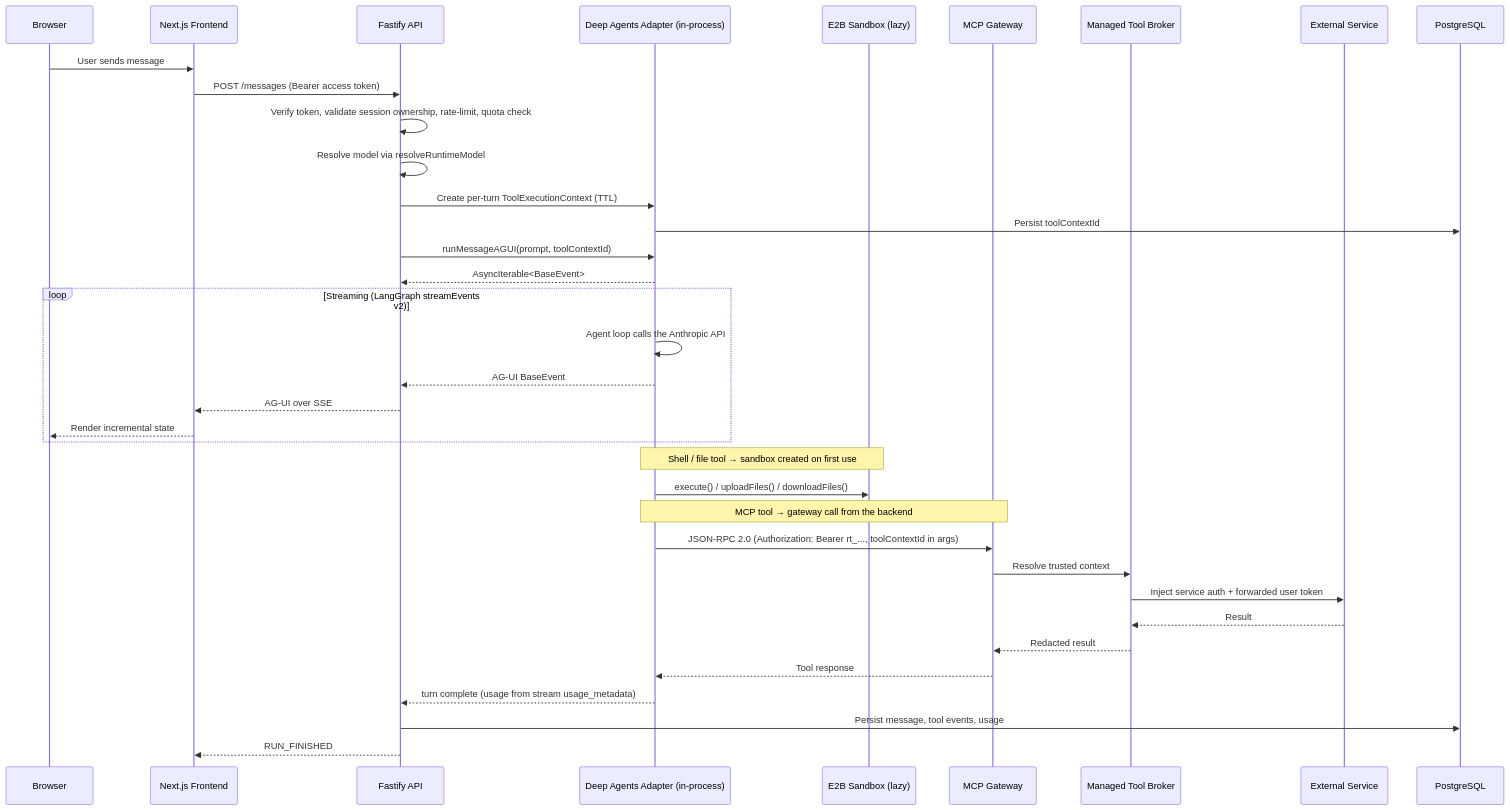
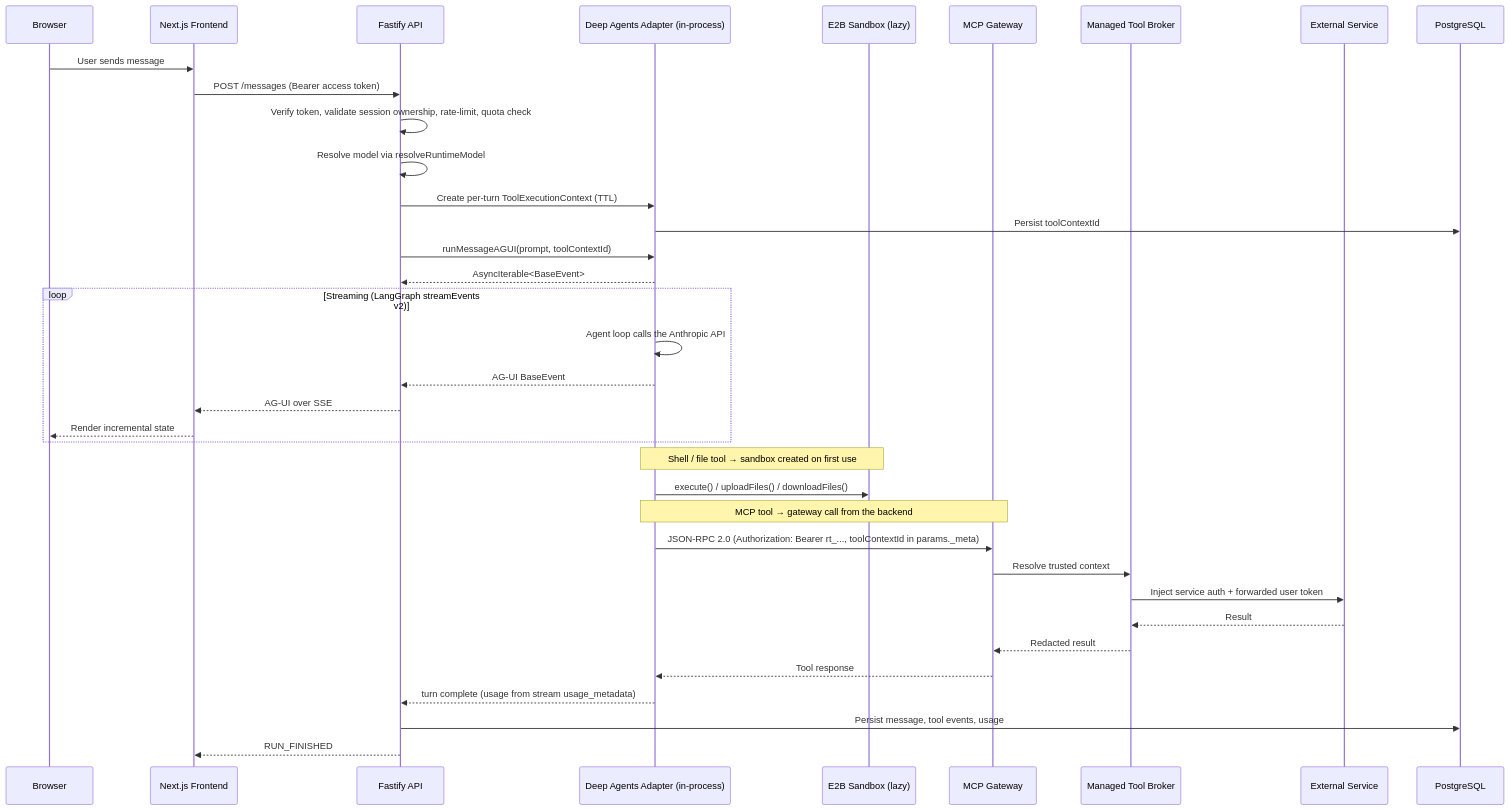
One commit to Cogniplane/cogniplane-core changed the diagram in docs/ARCHITECTURE.md. Above: the diagram before and after it, drawn with Mermaid. The commit also changed other lines of this file and 58 other files, not shown here.

````diff
--- a/docs/ARCHITECTURE.md
+++ b/docs/ARCHITECTURE.md
@@ -59,43 +59,43 @@
 ```mermaid
 sequenceDiagram
     participant B as Browser
     participant F as Next.js Frontend
     participant A as Fastify API
     participant DA as Deep Agents Adapter (in-process)
     participant SB as E2B Sandbox (lazy)
     participant MCP as MCP Gateway
     participant TB as Managed Tool Broker
     participant Ext as External Service
     participant PG as PostgreSQL
 
     B->>F: User sends message
     F->>A: POST /messages (Bearer access token)
     A->>A: Verify token, validate session ownership, rate-limit, quota check
     A->>A: Resolve model via resolveRuntimeModel
     A->>DA: Create per-turn ToolExecutionContext (TTL)
     DA->>PG: Persist toolContextId
     A->>DA: runMessageAGUI(prompt, toolContextId)
     DA-->>A: AsyncIterable<BaseEvent>
 
     loop Streaming (LangGraph streamEvents v2)
         DA->>DA: Agent loop calls the Anthropic API
         DA-->>A: AG-UI BaseEvent
         A-->>F: AG-UI over SSE
         F-->>B: Render incremental state
     end
 
     Note over DA,SB: Shell / file tool → sandbox created on first use
     DA->>SB: execute() / uploadFiles() / downloadFiles()
 
     Note over DA,MCP: MCP tool → gateway call from the backend
-    DA->>MCP: JSON-RPC 2.0 (Authorization: Bearer rt_..., toolContextId in args)
+    DA->>MCP: JSON-RPC 2.0 (Authorization: Bearer rt_..., toolContextId in params._meta)
     MCP->>TB: Resolve trusted context
     TB->>Ext: Inject service auth + forwarded user token
     Ext-->>TB: Result
     TB-->>MCP: Redacted result
     MCP-->>DA: Tool response
 
     DA-->>A: turn complete (usage from stream usage_metadata)
     A->>PG: Persist message, tool events, usage
     A-->>F: RUN_FINISHED
 ```
````
